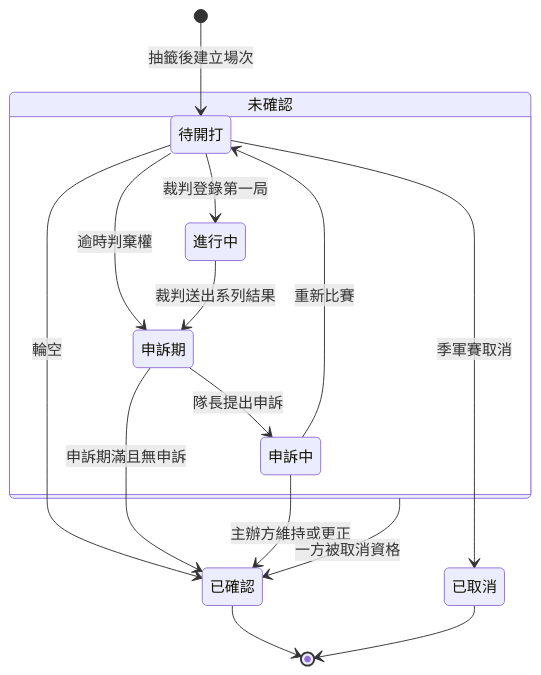
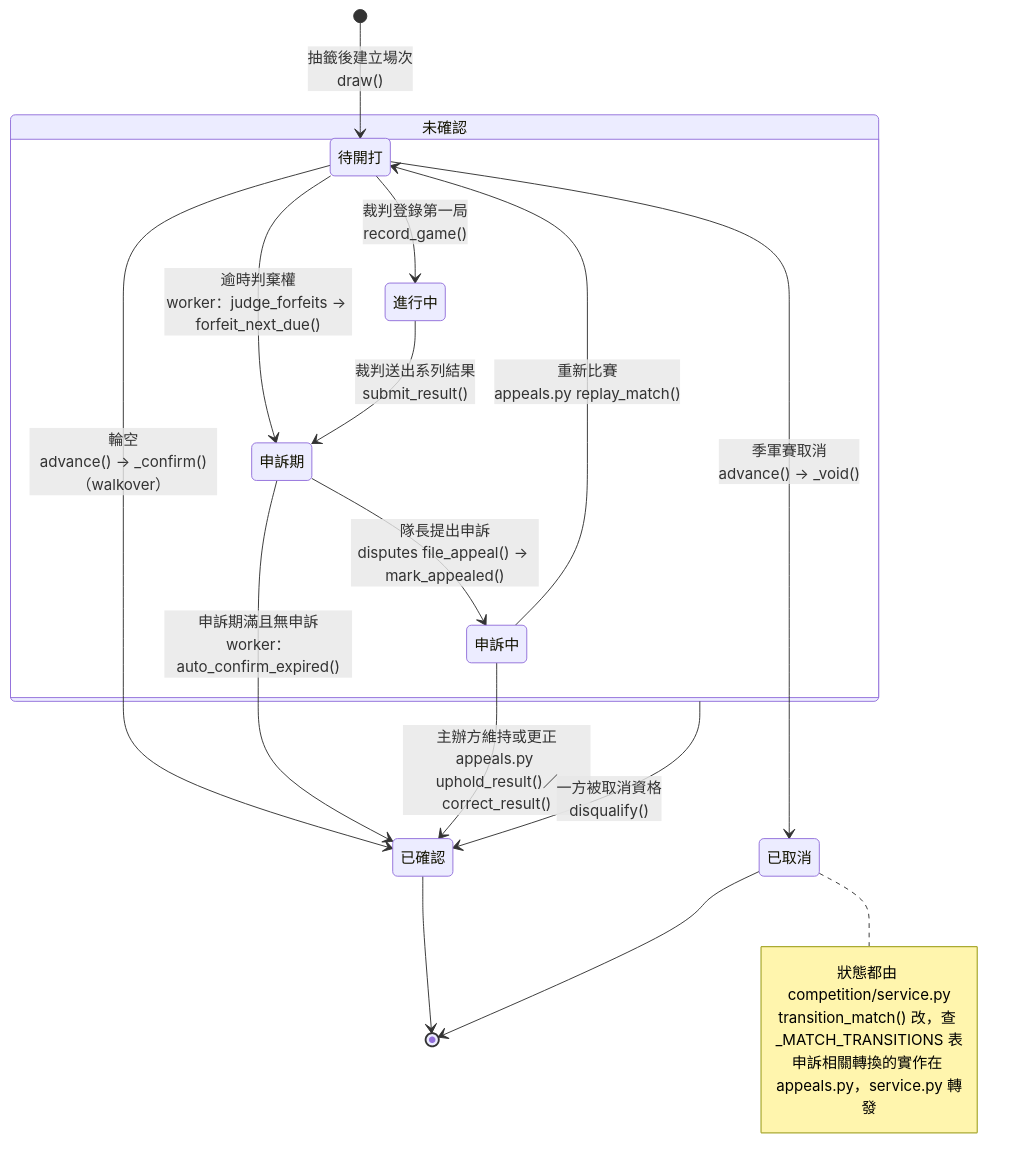
One commit to Team14good/esport-platform changed the third of 19 diagrams in docs/midterm/B-軟體需求分析文件.md. Above: the diagram before and after it, drawn with Mermaid. The commit also changed other lines of this file and 27 other files, not shown here.

First line of the commit message:
docs: B、C、D 其餘的圖全部對照程式標註 (#92)

````diff
--- a/docs/midterm/B-軟體需求分析文件.md
+++ b/docs/midterm/B-軟體需求分析文件.md
@@ -662,26 +665,31 @@
 ```mermaid
 %%{init: {"themeCSS": ".edgeLabels .edgeLabel:nth-of-type(13) foreignObject { transform: translate(14px, 14px); }"}}%%
 stateDiagram-v2
   %% 第 13 個轉換標籤（一方被取消資格）往右下移，避免與「主辦方維持或更正」重疊；增刪轉換時要重新確認序號
   state "已確認" as confirmed
   state "已取消" as voided
   state "未確認" as unconfirmed {
     state "待開打" as scheduled
     state "進行中" as live
     state "申訴期" as appeal_window
     state "申訴中" as appealed
-    scheduled --> live : 裁判登錄第一局
-    scheduled --> appeal_window : 逾時判棄權
-    live --> appeal_window : 裁判送出系列結果
-    appeal_window --> appealed : 隊長提出申訴
-    appealed --> scheduled : 重新比賽
+    scheduled --> live : 裁判登錄第一局<br/>record_game()
+    scheduled --> appeal_window : 逾時判棄權<br/>worker：judge_forfeits → forfeit_next_due()
+    live --> appeal_window : 裁判送出系列結果<br/>submit_result()
+    appeal_window --> appealed : 隊長提出申訴<br/>disputes file_appeal() → mark_appealed()
+    appealed --> scheduled : 重新比賽<br/>appeals.py replay_match()
   }
-  [*] --> scheduled : 抽籤後建立場次
-  unconfirmed --> confirmed : 一方被取消資格
-  scheduled --> confirmed : 輪空
-  scheduled --> voided : 季軍賽取消
-  appeal_window --> confirmed : 申訴期滿且無申訴
-  appealed --> confirmed : 主辦方維持或更正
+  [*] --> scheduled : 抽籤後建立場次<br/>draw()
+  unconfirmed --> confirmed : 一方被取消資格<br/>disqualify()
+  scheduled --> confirmed : 輪空<br/>advance() → _confirm()（walkover）
+  scheduled --> voided : 季軍賽取消<br/>advance() → _void()
+  appeal_window --> confirmed : 申訴期滿且無申訴<br/>worker：auto_confirm_expired()
+  appealed --> confirmed : 主辦方維持或更正<br/>appeals.py uphold_result()／correct_result()
   confirmed --> [*]
   voided --> [*]
+  note right of voided
+    狀態都由 competition/service.py
+    transition_match() 改，查 _MATCH_TRANSITIONS 表
+    申訴相關轉換的實作在 appeals.py，service.py 轉發
+  end note
 ```
````
